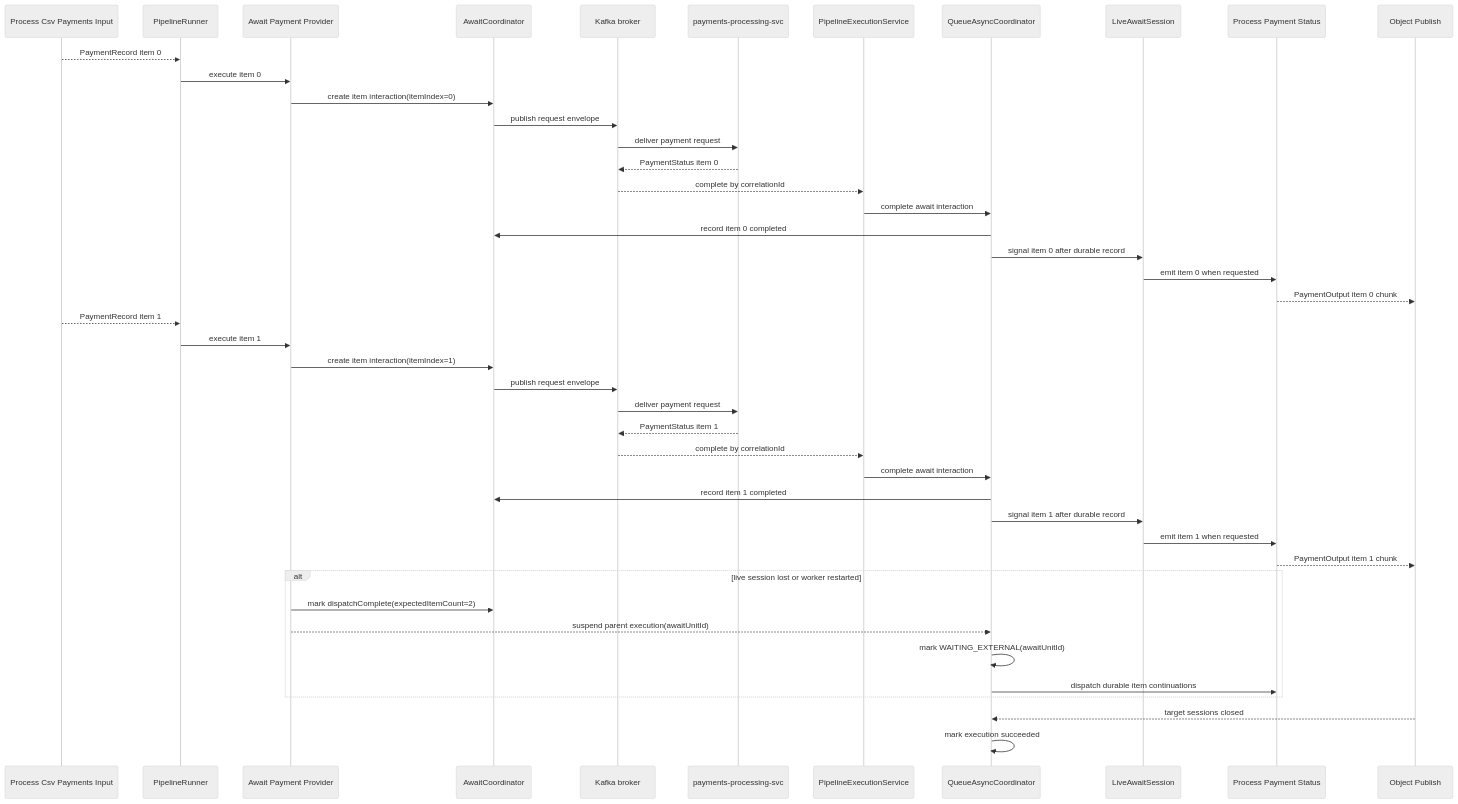
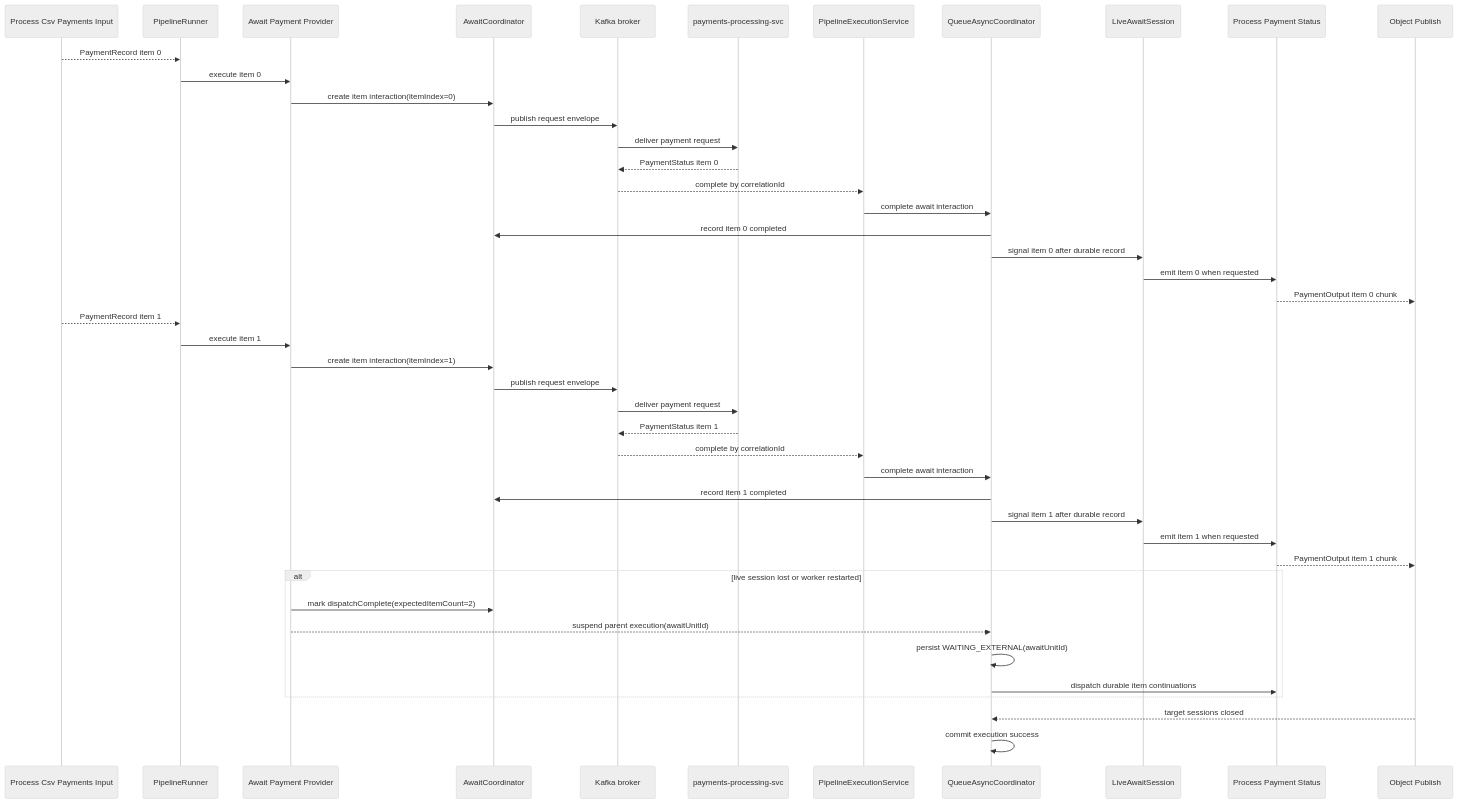
Before and after one commit to The-Pipeline-Framework/pipelineframework: the fourth of 7 diagrams in docs/evolve/await-unit-runtime/sequences.md, drawn with Mermaid (neutral theme). The commit also changed other lines of this file and 14 other files, not shown here.

````diff
--- a/docs/evolve/await-unit-runtime/sequences.md
+++ b/docs/evolve/await-unit-runtime/sequences.md
@@ -101,51 +101,51 @@
 ```mermaid
 sequenceDiagram
     participant Input as Process Csv Payments Input
     participant Runner as PipelineRunner
     participant Await as Await Payment Provider
     participant AwaitCoord as AwaitCoordinator
     participant Kafka as Kafka broker
     participant Provider as payments-processing-svc
     participant Exec as PipelineExecutionService
     participant Queue as QueueAsyncCoordinator
     participant Live as LiveAwaitSession
     participant Status as Process Payment Status
     participant Publish as Object Publish
 
     Input-->>Runner: PaymentRecord item 0
     Runner->>Await: execute item 0
     Await->>AwaitCoord: create item interaction(itemIndex=0)
     AwaitCoord->>Kafka: publish request envelope
     Kafka->>Provider: deliver payment request
     Provider-->>Kafka: PaymentStatus item 0
     Kafka-->>Exec: complete by correlationId
     Exec->>Queue: complete await interaction
     Queue->>AwaitCoord: record item 0 completed
     Queue->>Live: signal item 0 after durable record
     Live->>Status: emit item 0 when requested
     Status-->>Publish: PaymentOutput item 0 chunk
 
     Input-->>Runner: PaymentRecord item 1
     Runner->>Await: execute item 1
     Await->>AwaitCoord: create item interaction(itemIndex=1)
     AwaitCoord->>Kafka: publish request envelope
     Kafka->>Provider: deliver payment request
 
     Provider-->>Kafka: PaymentStatus item 1
     Kafka-->>Exec: complete by correlationId
     Exec->>Queue: complete await interaction
     Queue->>AwaitCoord: record item 1 completed
     Queue->>Live: signal item 1 after durable record
     Live->>Status: emit item 1 when requested
     Status-->>Publish: PaymentOutput item 1 chunk
 
     alt live session lost or worker restarted
       Await->>AwaitCoord: mark dispatchComplete(expectedItemCount=2)
       Await-->>Queue: suspend parent execution(awaitUnitId)
-      Queue->>Queue: mark WAITING_EXTERNAL(awaitUnitId)
+      Queue->>Queue: persist WAITING_EXTERNAL(awaitUnitId)
       Queue->>Status: dispatch durable item continuations
     end
 
     Publish-->>Queue: target sessions closed
-    Queue->>Queue: mark execution succeeded
+    Queue->>Queue: commit execution success
 ```
````
